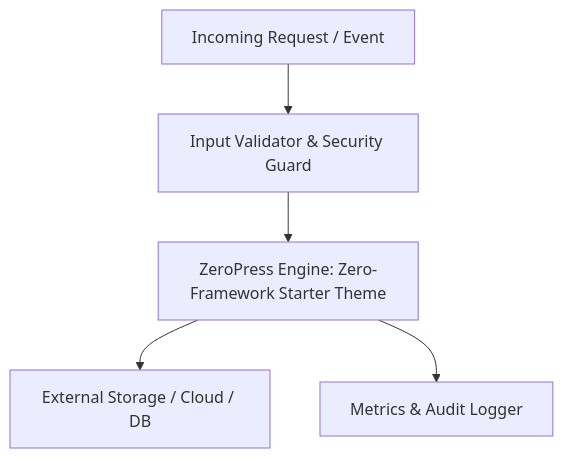
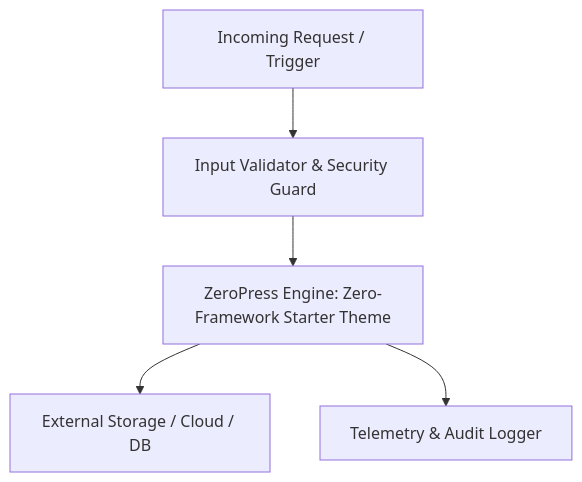
The diagram in README.md (smit-backend/press-zero-theme), drawn with Mermaid before and after one commit. The commit also changed other lines of this file, not shown here.

Commit message:
docs(readme): add detailed architectural flowchart, usage examples, and badges

````diff
--- a/README.md
+++ b/README.md
@@ -23,7 +23,7 @@
 ```mermaid
 graph TD
-    Client[Incoming Request / Event] --> Gate[Input Validator & Security Guard]
+    Client[Incoming Request / Trigger] --> Gate[Input Validator & Security Guard]
     Gate --> CoreEngine[ZeroPress Engine: Zero-Framework Starter Theme]
     CoreEngine --> Adapter[External Storage / Cloud / DB]
-    CoreEngine --> Observer[Metrics & Audit Logger]
+    CoreEngine --> Observer[Telemetry & Audit Logger]
 ```
````
